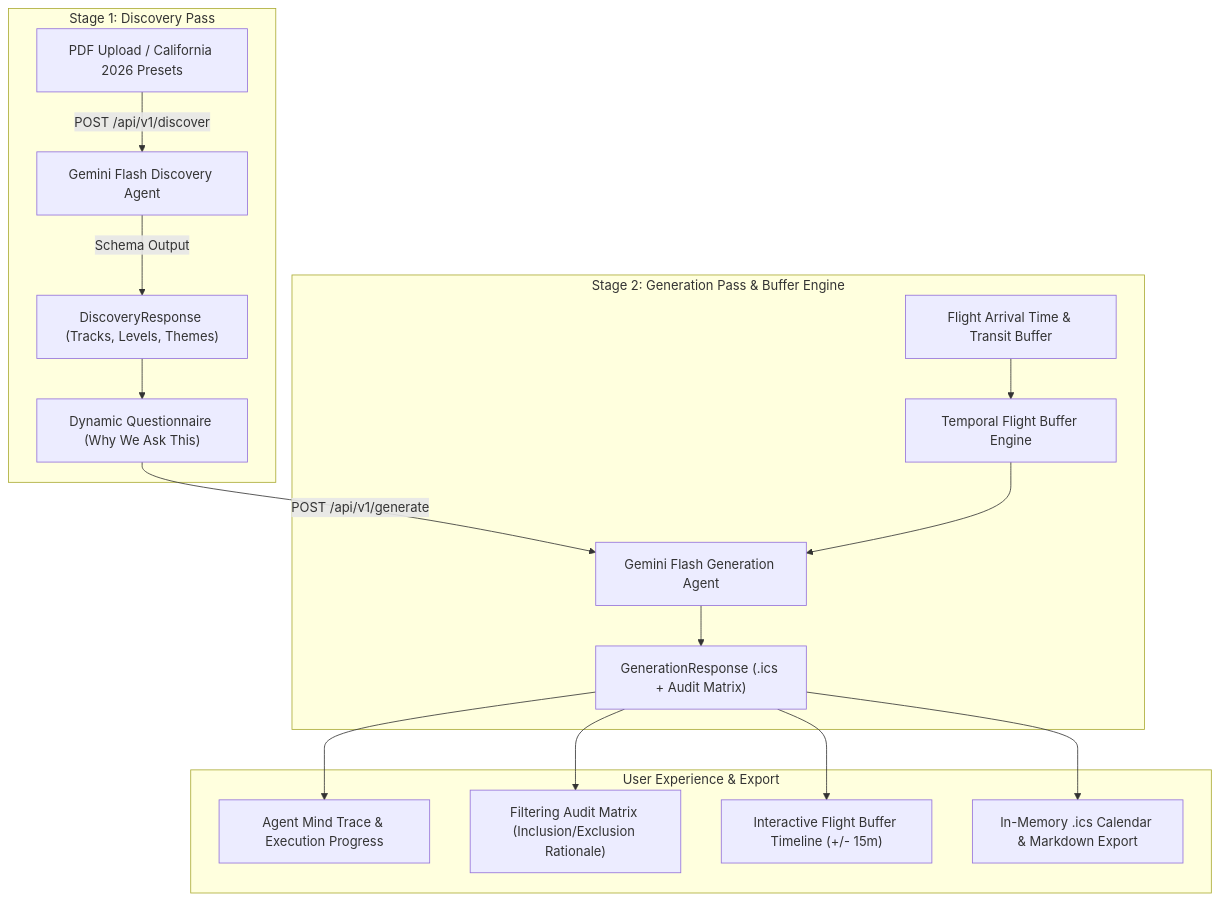
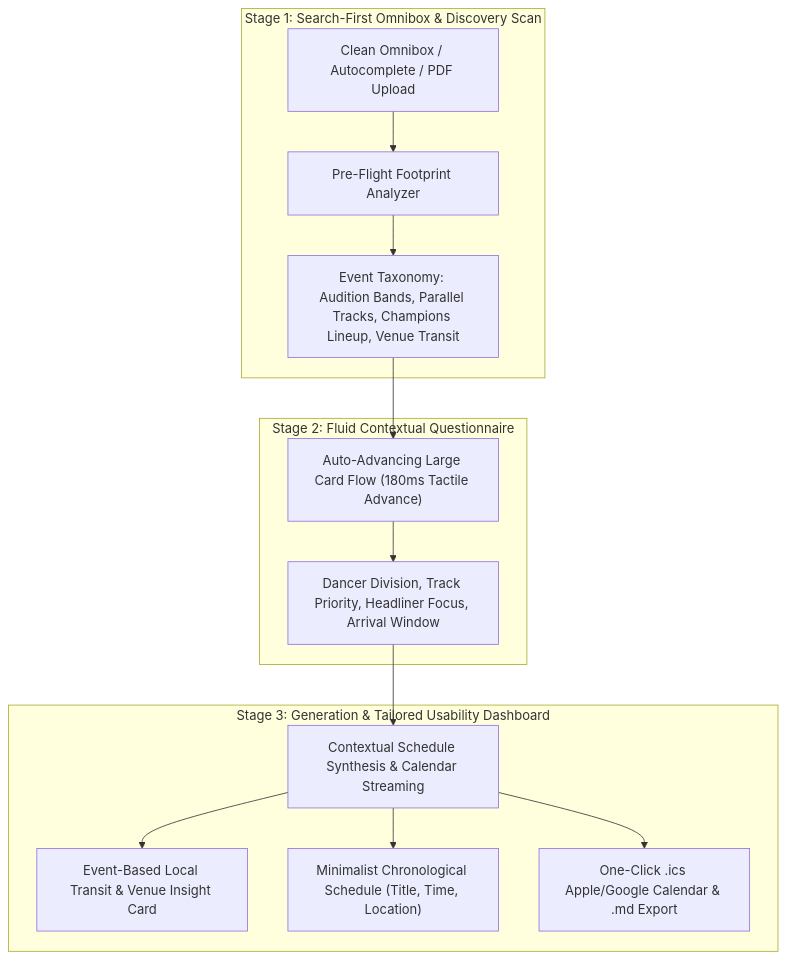
One commit to arii/tech-dancer changed the diagram in docs/architecture/wcs-navigator-system-requirements.md. Above: the diagram before and after it, drawn with Mermaid. The commit also changed other lines of this file and 26 other files, not shown here.

Commit message:
feat(wcs-navigator): implement deterministic schedule rule engine, Gemini 3.5 Flash upgrade, and Boogie by the Bay schedule integration

````diff
--- a/docs/architecture/wcs-navigator-system-requirements.md
+++ b/docs/architecture/wcs-navigator-system-requirements.md
@@ -19,22 +14,19 @@
 ```mermaid
 graph TD
-    subgraph Stage 1: Discovery Pass
-        PDFInput["PDF Upload / California 2026 Presets"] -->|POST /api/v1/discover| GeminiDisc["Gemini Flash Discovery Agent"]
-        GeminiDisc -->|Schema Output| DiscResponse["DiscoveryResponse (Tracks, Levels, Themes)"]
-        DiscResponse --> DynForm["Dynamic Questionnaire (Why We Ask This)"]
+    subgraph Stage 1: Search-First Omnibox & Discovery Scan
+        SearchInput["Clean Omnibox / Autocomplete / PDF Upload"] --> PreFlight["Pre-Flight Footprint Analyzer"]
+        PreFlight --> DiscResponse["Event Taxonomy: Audition Bands, Parallel Tracks, Champions Lineup, Venue Transit"]
     end
 
-    subgraph Stage 2: Generation Pass & Buffer Engine
-        DynForm -->|POST /api/v1/generate| GeminiGen["Gemini Flash Generation Agent"]
-        FlightInput["Flight Arrival Time & Transit Buffer"] --> BufferEngine["Temporal Flight Buffer Engine"]
-        BufferEngine --> GeminiGen
-        GeminiGen --> GenResponse["GenerationResponse (.ics + Audit Matrix)"]
+    subgraph Stage 2: Fluid Contextual Questionnaire
+        DiscResponse --> DynForm["Auto-Advancing Large Card Flow (180ms Tactile Advance)"]
+        DynForm --> UserChoices["Dancer Division, Track Priority, Headliner Focus, Arrival Window"]
     end
 
-    subgraph User Experience & Export
-        GenResponse --> MindTrace["Agent Mind Trace & Execution Progress"]
-        GenResponse --> AuditMatrix["Filtering Audit Matrix (Inclusion/Exclusion Rationale)"]
-        GenResponse --> BufferTimeline["Interactive Flight Buffer Timeline (+/- 15m)"]
-        GenResponse --> ICSDownload["In-Memory .ics Calendar & Markdown Export"]
+    subgraph Stage 3: Generation & Tailored Usability Dashboard
+        UserChoices --> GenEngine["Contextual Schedule Synthesis & Calendar Streaming"]
+        GenEngine --> TransitCard["Event-Based Local Transit & Venue Insight Card"]
+        GenEngine --> MinimalSched["Minimalist Chronological Schedule (Title, Time, Location)"]
+        GenEngine --> ICSStream["One-Click .ics Apple/Google Calendar & .md Export"]
     end
 ```
````
